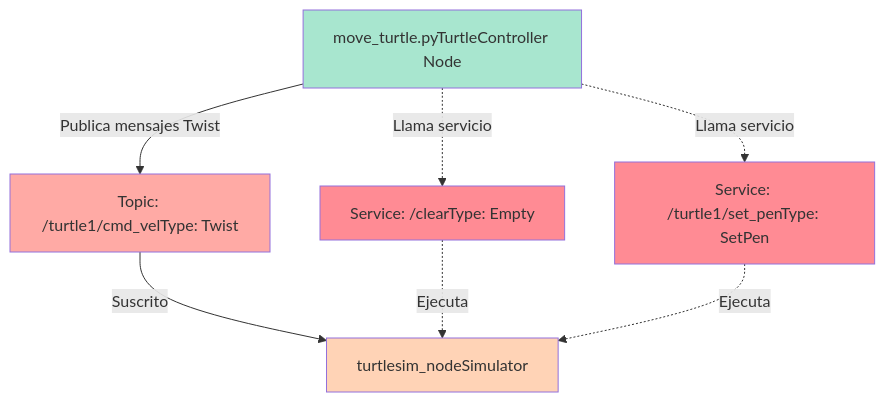
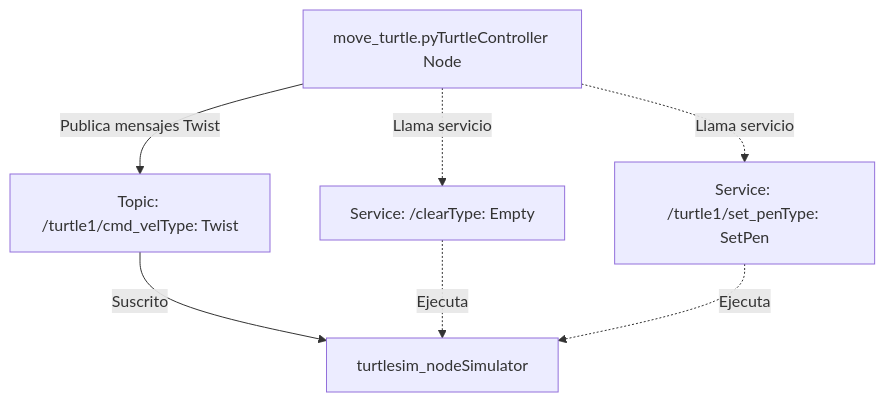
Before and after one commit to samsanchezcar/ROS2-Humble-Turtlesim: the first of 2 diagrams in README.md, drawn with Mermaid. The commit also changed other lines of this file, not shown here.

````diff
--- a/README.md
+++ b/README.md
@@ -261,21 +261,15 @@
 ```mermaid
 graph TB
     A["move_turtle.pyTurtleController Node"]
     B["turtlesim_nodeSimulator"]
     C["Topic: /turtle1/cmd_velType: Twist"]
     D["Service: /clearType: Empty"]
     E["Service: /turtle1/set_penType: SetPen"]
     
     A -->|Publica mensajes Twist| C
     C -->|Suscrito| B
     A -.->|Llama servicio| D
     A -.->|Llama servicio| E
     D -.->|Ejecuta| B
     E -.->|Ejecuta| B
-    
-    style A fill:#a8e6cf
-    style B fill:#ffd3b6
-    style C fill:#ffaaa5
-    style D fill:#ff8b94
-    style E fill:#ff8b94
 ```
````
